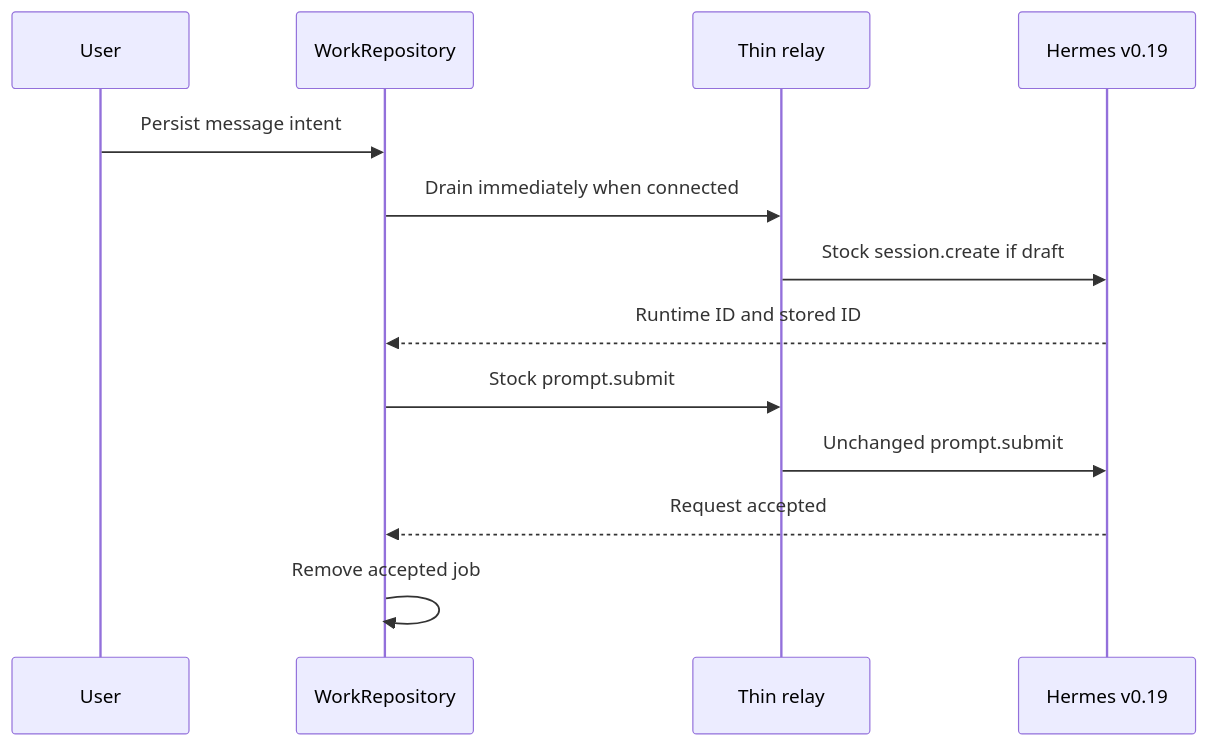
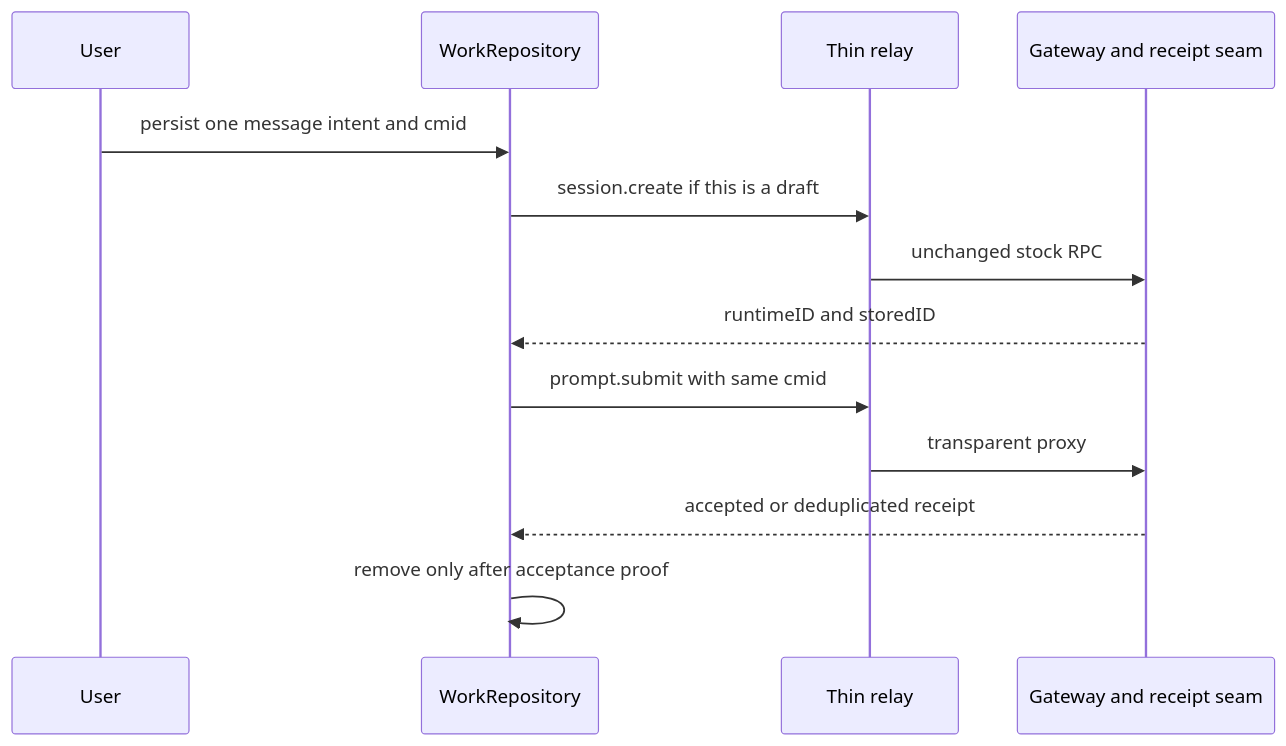
The third of 3 diagrams in docs/CODEX-ABH519-V019-SIMPLIFICATION-PROPOSAL.md (abhibansal-sg/hermes-mobile), drawn with Mermaid before and after one commit. The commit also changed other lines of this file and 1 other file, not shown here.

Commit message:
docs(abh-519): amend v0.19 simplification plan after review

````diff
--- a/docs/CODEX-ABH519-V019-SIMPLIFICATION-PROPOSAL.md
+++ b/docs/CODEX-ABH519-V019-SIMPLIFICATION-PROPOSAL.md
@@ -184,16 +191,16 @@
 ```mermaid
 sequenceDiagram
     participant U as User
     participant O as WorkRepository
     participant R as Thin relay
-    participant G as Hermes v0.19
+    participant G as Gateway and receipt seam
 
-    U->>O: Persist message intent
-    O->>R: Drain immediately when connected
-    R->>G: Stock session.create if draft
-    G-->>O: Runtime ID and stored ID
-    O->>R: Stock prompt.submit
-    R->>G: Unchanged prompt.submit
-    G-->>O: Request accepted
-    O->>O: Remove accepted job
+    U->>O: persist one message intent and cmid
+    O->>R: session.create if this is a draft
+    R->>G: unchanged stock RPC
+    G-->>O: runtimeID and storedID
+    O->>R: prompt.submit with same cmid
+    R->>G: transparent proxy
+    G-->>O: accepted or deduplicated receipt
+    O->>O: remove only after acceptance proof
 ```
````
